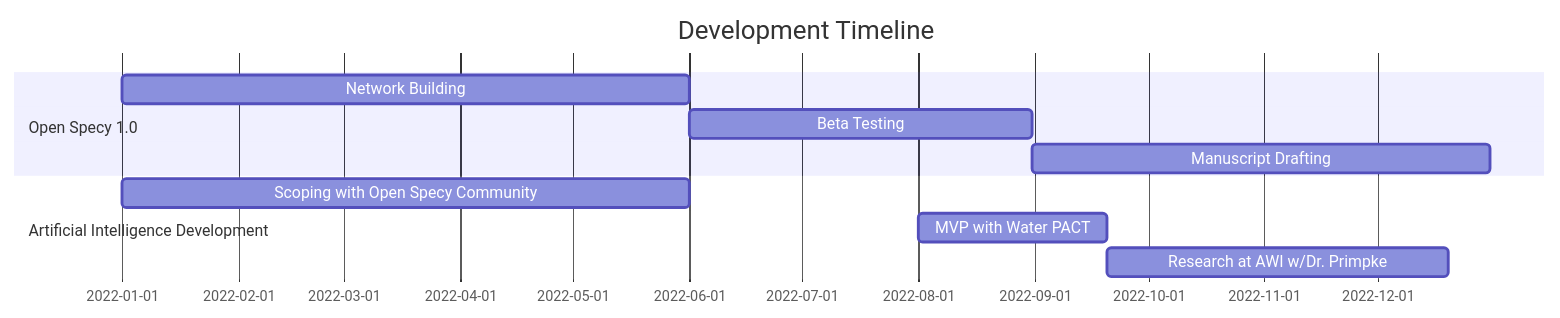
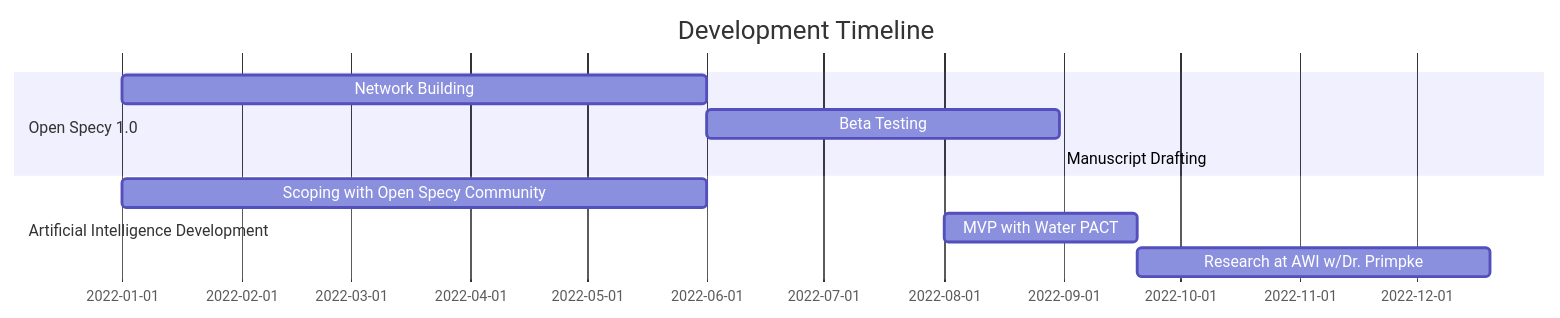
Before and after one commit to wincowgerDEV/OpenSpecy-shiny: the diagram in README.md, drawn with Mermaid.

````diff
--- a/README.md
+++ b/README.md
@@ -41,13 +41,13 @@
 ```mermaid
 gantt
     title Development Timeline
     dateFormat  YYYY-MM-DD
     section Open Specy 1.0
     Network Building           :2022-01-01, 2022-06-01
     Beta Testing            :2022-06-01, 2022-08-31
-    Manuscript Drafting           :2022-08-31, 2022-12-31
+    Manuscript Drafting           :2022-08-31, 2023-02-31
     section Artificial Intelligence Development
     Scoping with Open Specy Community  :2022-01-01  , 2022-06-01
     MVP with Water PACT  :2022-08-01  , 2022-09-20
     Research at AWI w/Dr. Primpke     :2022-09-20  , 2022-12-20
 ```
````
